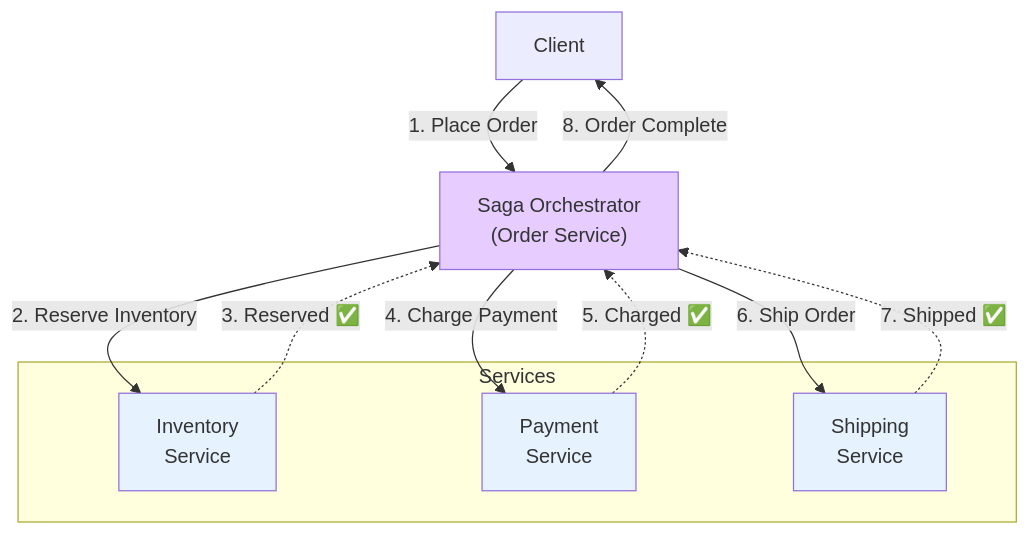
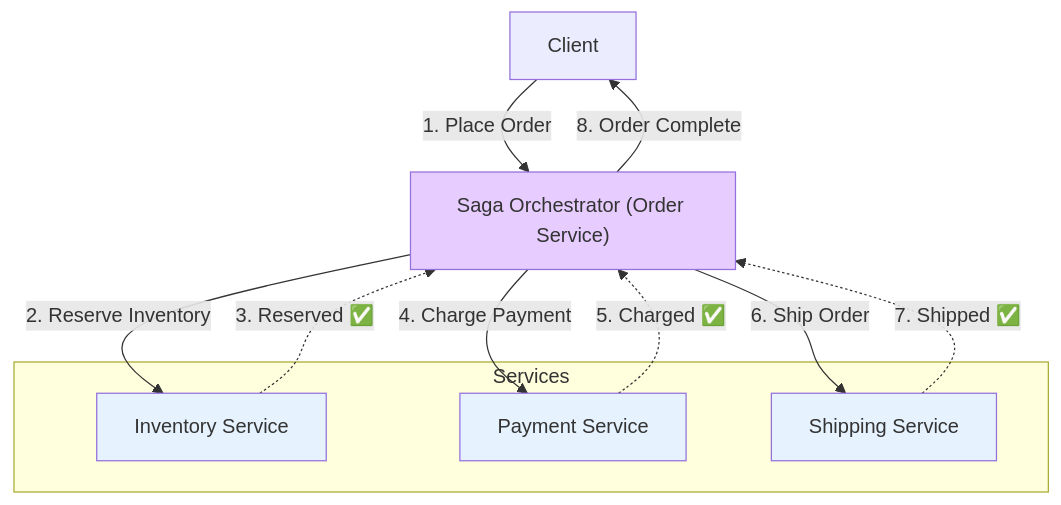
One commit to Anmol33/SystemDesign changed the second of 5 diagrams in Coordination/06_Saga_Pattern.md. Above: the diagram before and after it, drawn with Mermaid. The commit also changed 6 other files, not shown here.

First line of the commit message:
docs: fix Mermaid diagram syntax in coordination documents

````diff
--- a/Coordination/06_Saga_Pattern.md
+++ b/Coordination/06_Saga_Pattern.md
@@ -64,29 +64,29 @@
 ```mermaid
 graph TD
     Client["Client"]
-    Orch["Saga Orchestrator<br/>(Order Service)"]
+    Orch["Saga Orchestrator (Order Service)"]
     
     subgraph Services
-        IS["Inventory<br/>Service"]
-        PS["Payment<br/>Service"]
-        SS["Shipping<br/>Service"]
+        IS["Inventory Service"]
+        PS["Payment Service"]
+        SS["Shipping Service"]
     end
     
     Client -->|"1. Place Order"| Orch
     
     Orch -->|"2. Reserve Inventory"| IS
     IS -.->|"3. Reserved ✅"| Orch
     
     Orch -->|"4. Charge Payment"| PS
     PS -.->|"5. Charged ✅"| Orch
     
     Orch -->|"6. Ship Order"| SS
     SS -.->|"7. Shipped ✅"| Orch
     
     Orch -->|"8. Order Complete"| Client
     
     style Orch fill:#e6ccff
     style IS fill:#e6f3ff
     style PS fill:#e6f3ff
     style SS fill:#e6f3ff
 ```
````
